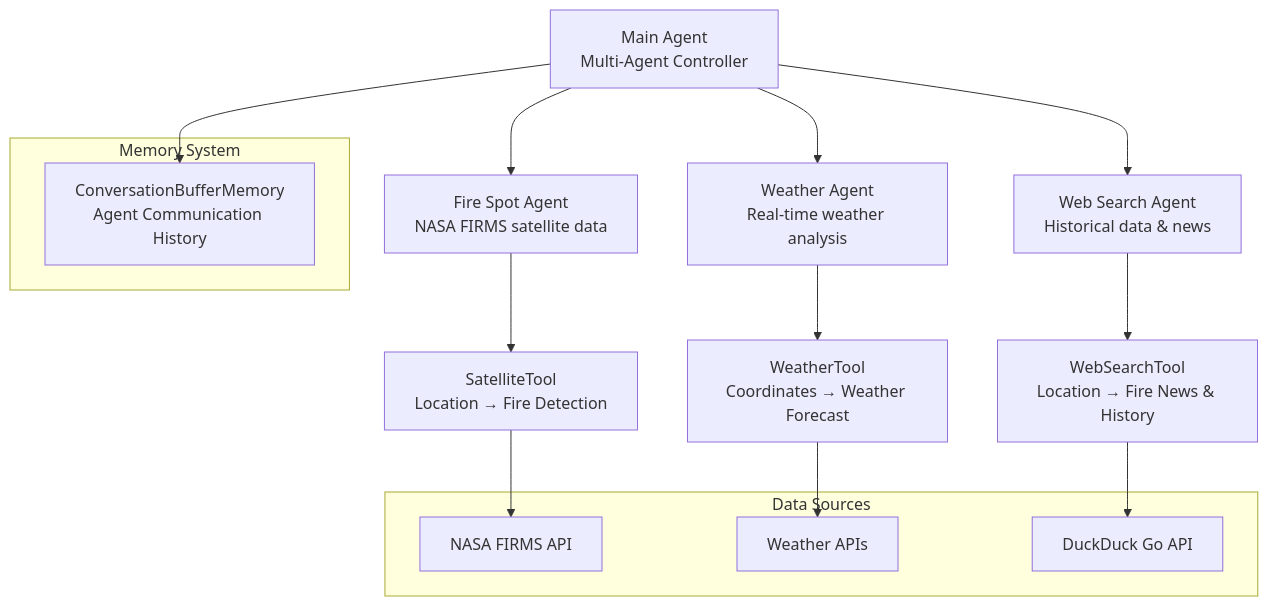
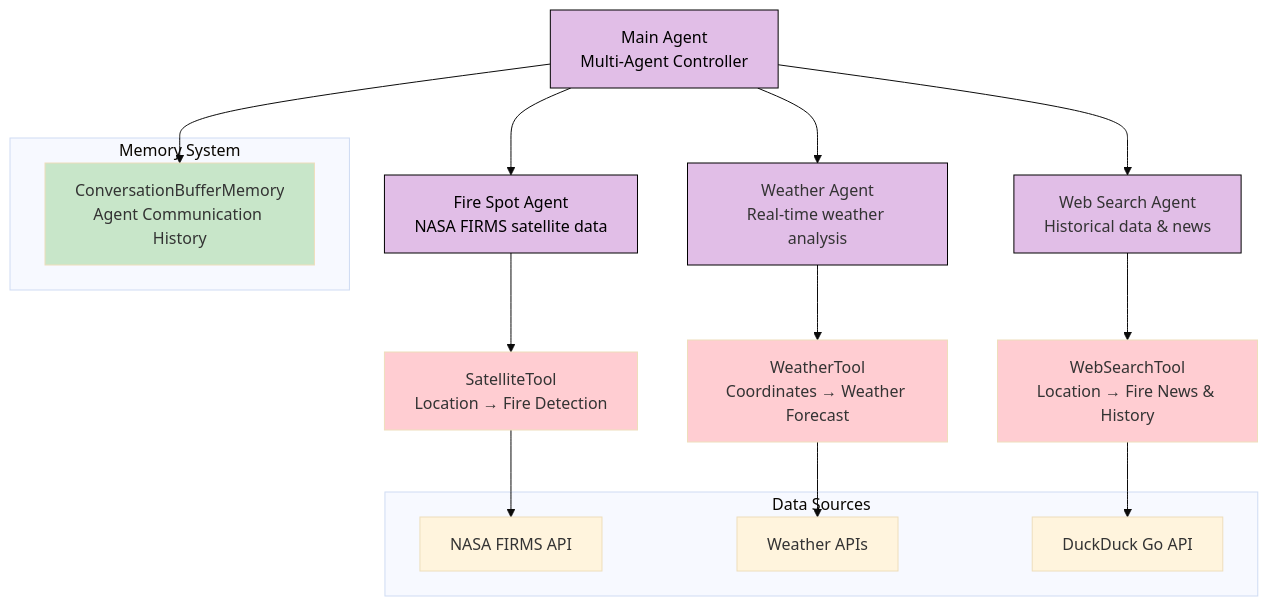
The diagram in README.md (sjsreehari/PyroScan-AI), drawn with Mermaid before and after one commit.

````diff
--- a/README.md
+++ b/README.md
@@ -37,26 +37,43 @@
 ```mermaid
-graph TD
-    A[ Main Agent<br/>Multi-Agent Controller] --> B[ Weather Agent<br/>Real-time weather analysis]
-    A --> C[ Web Search Agent<br/>Historical data & news]
-    A --> D[ Fire Spot Agent<br/>NASA FIRMS satellite data]
-    
-    B --> B1[ WeatherTool<br/>Coordinates → Weather Forecast]
-    C --> C1[ WebSearchTool<br/>Location → Fire News & History]
-    D --> D1[ SatelliteTool<br/>Location → Fire Detection]
-    
-    subgraph Memory System
-        A2[ ConversationBufferMemory<br/>Agent Communication History]
-    end
-    
-    A --> A2
-    
-    subgraph Data Sources
-        E[ NASA FIRMS API]
-        F[ Weather APIs]
-        G[ DuckDuck Go API]
-    end
-    
+---
+config:
+  theme: base
+  look: classic
+---
+flowchart TD
+ subgraph subGraph0["Memory System"]
+        A2["ConversationBufferMemory<br>Agent Communication History"]
+  end
+ subgraph subGraph1["Data Sources"]
+        E["NASA FIRMS API"]
+        F["Weather APIs"]
+        G["DuckDuck Go API"]
+  end
+    A["Main Agent<br>Multi-Agent Controller"] --> B["Weather Agent<br>Real-time weather analysis"] & C["Web Search Agent<br>Historical data &amp; news"] & D["Fire Spot Agent<br>NASA FIRMS satellite data"] & A2
+    B --> B1["WeatherTool<br>Coordinates → Weather Forecast"]
+    C --> C1["WebSearchTool<br>Location → Fire News &amp; History"]
+    D --> D1["SatelliteTool<br>Location → Fire Detection"]
     B1 --> F
     C1 --> G
     D1 --> E
+     A:::Sky
+     A:::Rose
+     A:::Pine
+     A:::Peach
+     B:::Class_02
+     C:::Class_02
+     D:::Rose
+     D:::Class_02
+    classDef Sky stroke-width:1px, stroke-dasharray:none, stroke:#374D7C, fill:#E2EBFF, color:#374D7C
+    classDef Rose stroke-width:1px, stroke-dasharray:none, stroke:#FF5978, fill:#FFDFE5, color:#8E2236
+    classDef Pine stroke-width:1px, stroke-dasharray:none, stroke:#254336, fill:#27654A, color:#FFFFFF
+    classDef Peach stroke-width:1px, stroke-dasharray:none, stroke:#FBB35A, fill:#FFEFDB, color:#8F632D
+    classDef Class_02 fill:#E1BEE7, stroke:#000000
+    style A2 fill:#C8E6C9
+    style A fill:#E1BEE7,stroke-width:1px,stroke-dasharray: 0,stroke:#000000,color:#000000
+    style D fill:#E1BEE7,stroke:#000000,color:#000000
+    style B1 fill:#FFCDD2
+    style C1 fill:#FFCDD2
+    style D1 fill:#FFCDD2
+
 ```
````
